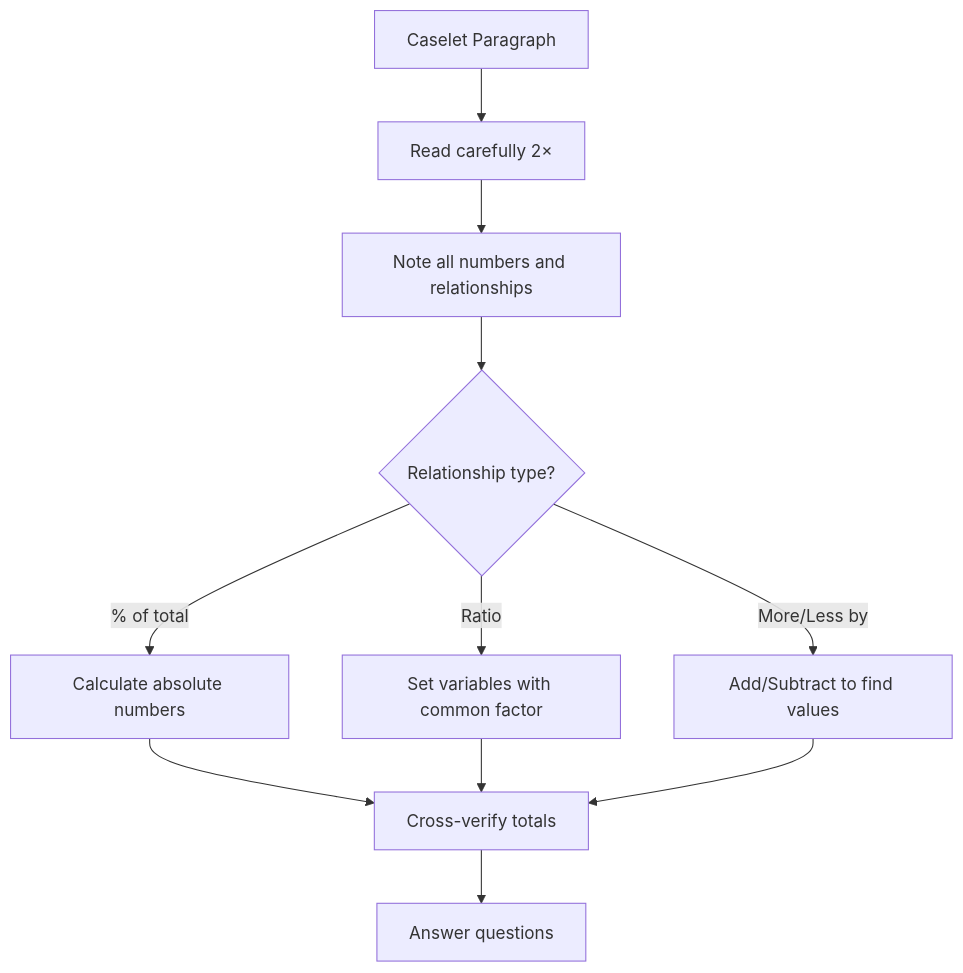
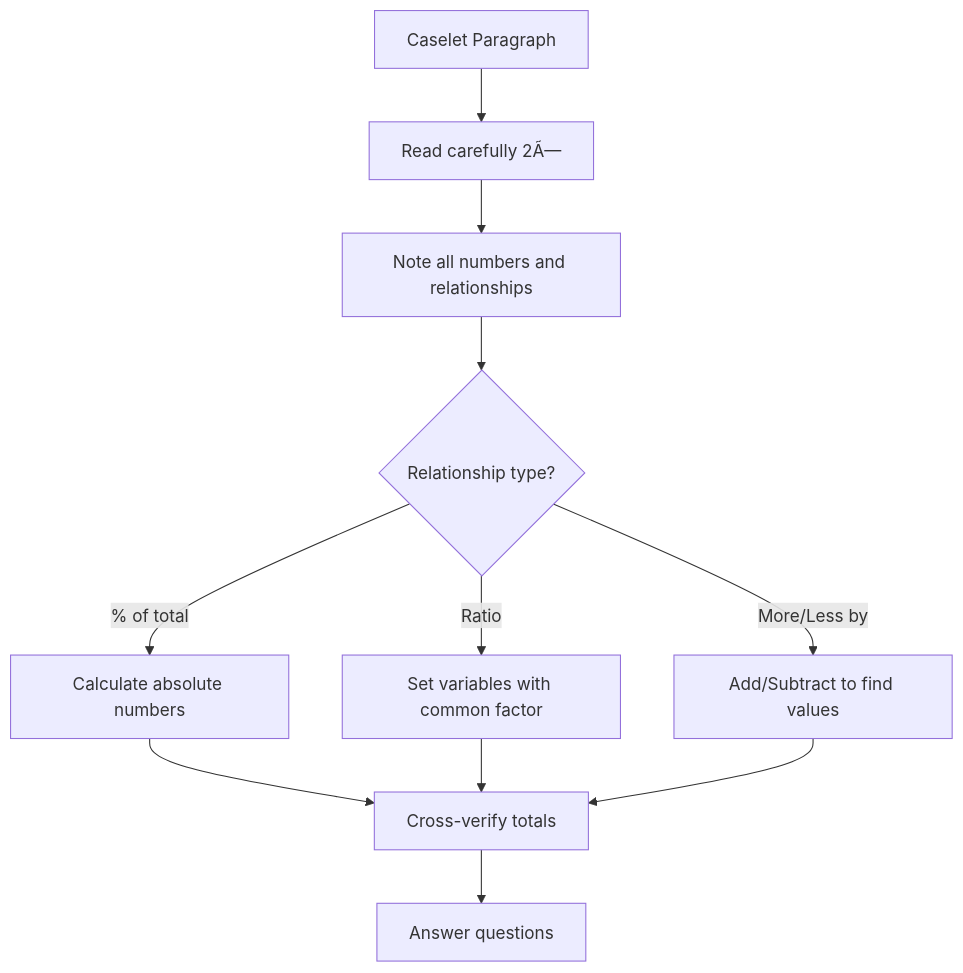
The seventh of 7 diagrams in docs/courses/quantitative-aptitude/03-data-interpretation.md (Raushan666java/ai-engineering-journey), drawn with Mermaid before and after one commit. The commit also changed other lines of this file and 735 other files, not shown here.

````diff
--- a/docs/courses/quantitative-aptitude/03-data-interpretation.md
+++ b/docs/courses/quantitative-aptitude/03-data-interpretation.md
@@ -1086,13 +1086,13 @@
 ```mermaid
 flowchart TD
-    A["Caselet Paragraph"] --> B["Read carefully 2×"]
+    A["Caselet Paragraph"] --> B["Read carefully 2Ã—"]
     B --> C["Note all numbers and relationships"]
     C --> D{"Relationship type?"}
     D -->|"% of total"| E["Calculate absolute numbers"]
     D -->|"Ratio"| F["Set variables with common factor"]
     D -->|"More/Less by"| G["Add/Subtract to find values"]
     E --> H["Cross-verify totals"]
     F --> H
     G --> H
     H --> I["Answer questions"]
 ```
````
